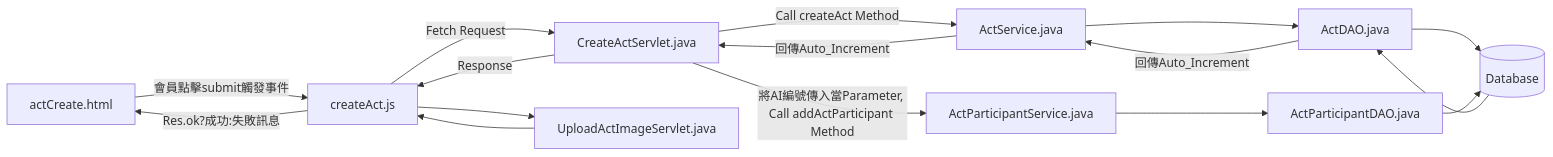
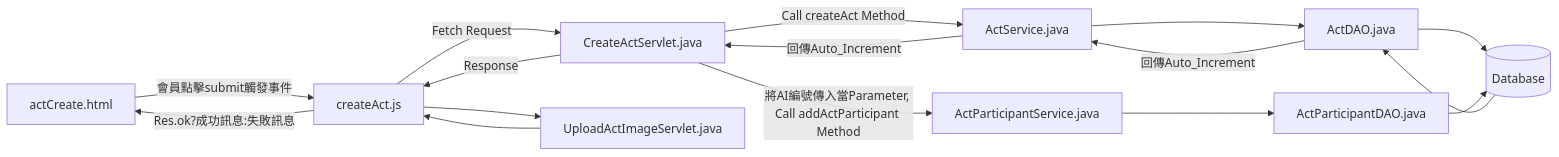
The second of 11 diagrams in README.md (TLexYuW/CGA103G1OwnPart), drawn with Mermaid before and after one commit.

Commit message:
LexVaultBackup: 2022-09-11 22:38:53
Affected files:
README.md

````diff
--- a/README.md
+++ b/README.md
@@ -62,12 +62,12 @@
 ```mermaid
 flowchart LR
 	aC[actCreate.html] -->|會員點擊submit觸發事件| cA[createAct.js] -->|Fetch Request| CAS[CreateActServlet.java] 
 	-->|Call createAct Method| AS[ActService.java] --> AD[ActDAO.java] --> DB[(Database)]
-	DB --> AD -->|回傳Auto_Increment| AS -->|回傳Auto_Increment| CAS -->|Response| cA -->|Res.ok?成功:失敗訊息| aC
+	DB --> AD -->|回傳Auto_Increment| AS -->|回傳Auto_Increment| CAS -->|Response| cA -->|Res.ok?成功訊息:失敗訊息| aC
 	
 	CAS -->|將AI編號傳入當Parameter, Call addActParticipant Method| APS[ActParticipantService.java] 
 	--> APDAO[ActParticipantDAO.java] --> DB[(Database)]
 	
 	cA --> UAIS[UploadActImageServlet.java]
 	UAIS --> cA
 ```
````
